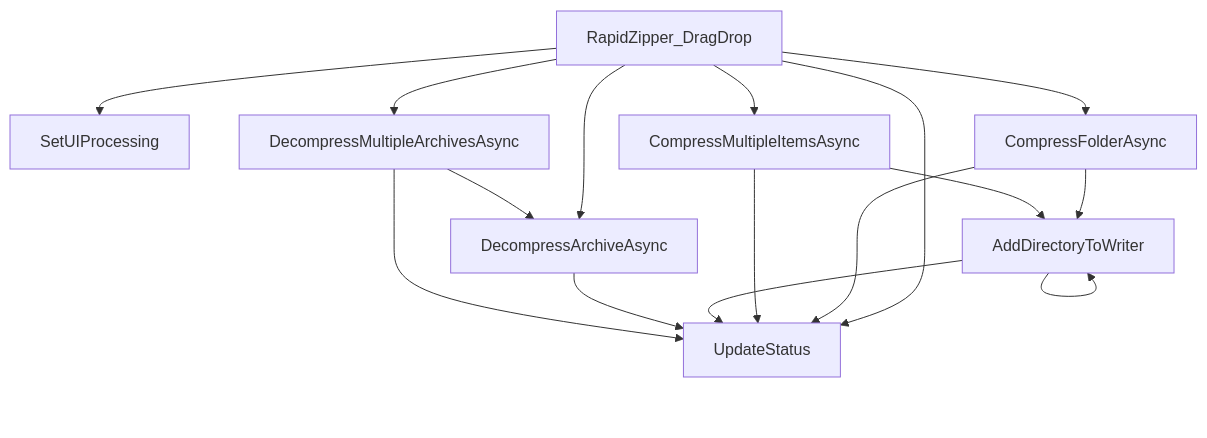
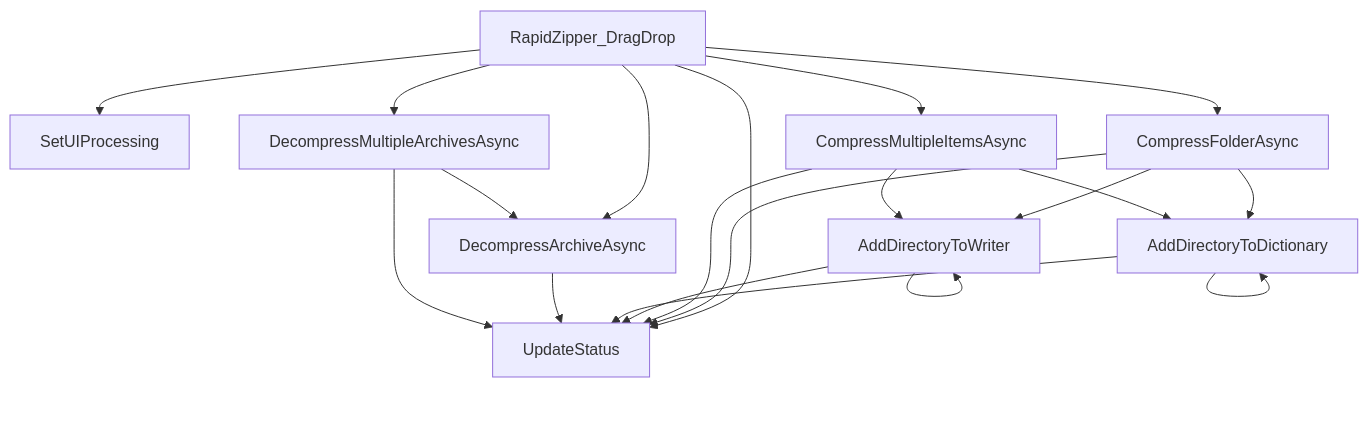
Before and after one commit to DovahkiinYuzuko/rapid-zipper: the diagram in docs/variables'n'functions/[C#]Form1.md, drawn with Mermaid. The commit also changed other lines of this file and 2 other files, not shown here.

````diff
--- a/docs/variables'n'functions/[C#]Form1.md
+++ b/docs/variables'n'functions/[C#]Form1.md
@@ -112,18 +122,22 @@
 ```mermaid
 graph TD
     RapidZipper_DragDrop --> SetUIProcessing
     RapidZipper_DragDrop --> CompressFolderAsync
     RapidZipper_DragDrop --> DecompressArchiveAsync
     RapidZipper_DragDrop --> DecompressMultipleArchivesAsync
     RapidZipper_DragDrop --> CompressMultipleItemsAsync
     RapidZipper_DragDrop --> UpdateStatus
     CompressFolderAsync --> AddDirectoryToWriter
+    CompressFolderAsync --> AddDirectoryToDictionary
     CompressFolderAsync --> UpdateStatus
     CompressMultipleItemsAsync --> AddDirectoryToWriter
+    CompressMultipleItemsAsync --> AddDirectoryToDictionary
     CompressMultipleItemsAsync --> UpdateStatus
     AddDirectoryToWriter --> UpdateStatus
     AddDirectoryToWriter --> AddDirectoryToWriter
+    AddDirectoryToDictionary --> UpdateStatus
+    AddDirectoryToDictionary --> AddDirectoryToDictionary
     DecompressArchiveAsync --> UpdateStatus
     DecompressMultipleArchivesAsync --> DecompressArchiveAsync
     DecompressMultipleArchivesAsync --> UpdateStatus
 ```
````
